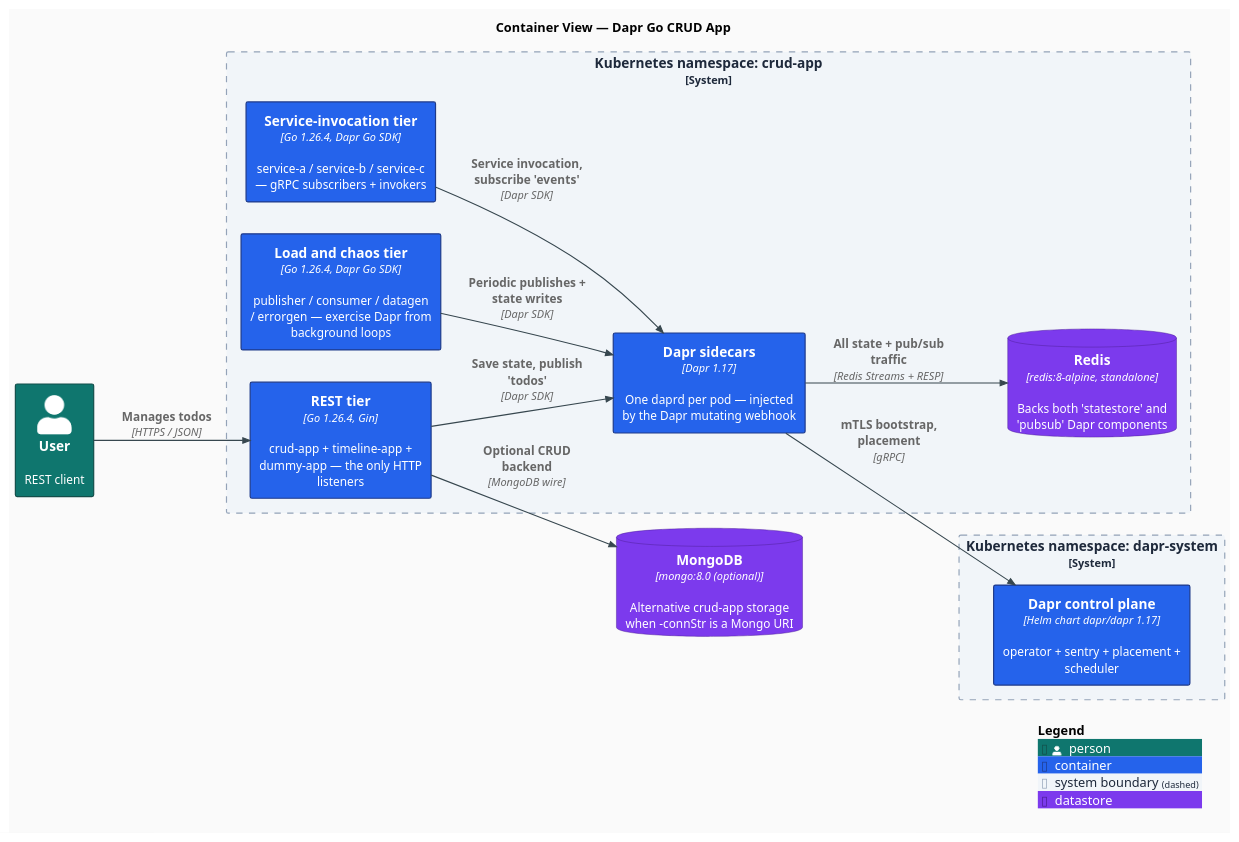
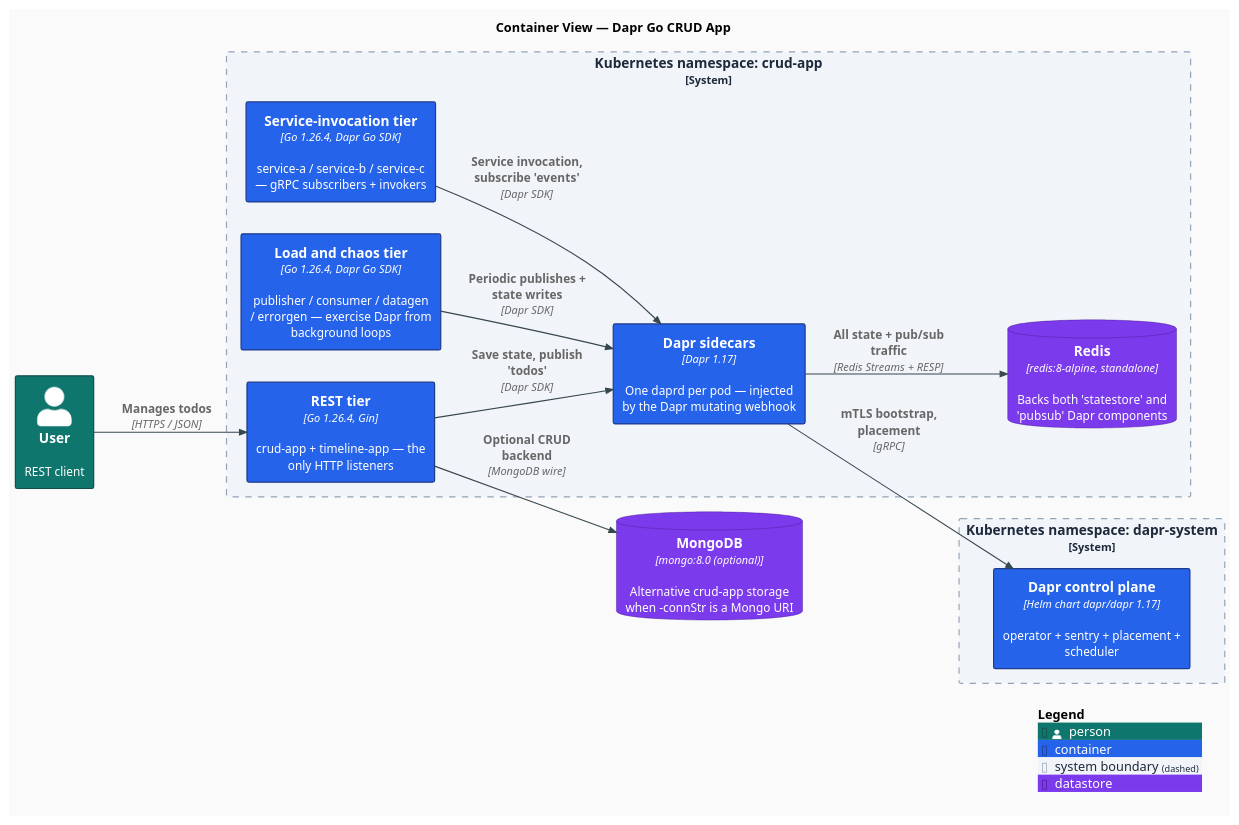
One commit to AndriyKalashnykov/dapr-go-crud-app changed the diagram in docs/diagrams/c4-container.puml. Above: the diagram before and after it, drawn with PlantUML. The commit also changed 8 other files, not shown here.

```diff
--- a/docs/diagrams/c4-container.puml
+++ b/docs/diagrams/c4-container.puml
@@ -1,52 +1,52 @@
 @startuml c4-container
 ' Vendored C4-PlantUML (see docs/diagrams/C4-PlantUML/); -DRELATIVE_INCLUDE=. makes
 ' the stdlib's internal includes resolve locally (no network fetch at render time).
 !include C4-PlantUML/C4_Container.puml
 
 LAYOUT_LEFT_RIGHT()
 
 ' Modern flat styling: no shadows, sharp corners, clean sans-serif, modern palette.
 skinparam backgroundColor #FAFAFA
 skinparam shadowing false
 skinparam roundCorner 4
 skinparam defaultFontName "Inter, Helvetica, Arial, sans-serif"
 skinparam defaultFontSize 13
 skinparam ArrowColor #37474F
 skinparam ArrowThickness 1.2
 skinparam rectangleBorderThickness 1.3
 
 UpdateElementStyle("person",    $fontColor="#FFFFFF", $bgColor="#0F766E", $borderColor="#134E4A")
 UpdateElementStyle("container", $fontColor="#FFFFFF", $bgColor="#2563EB", $borderColor="#1E3A8A")
 UpdateBoundaryStyle($bgColor="#F1F5F9", $borderColor="#94A3B8", $fontColor="#1E293B")
 ' ContainerDb() shares the plain `container` tag (no distinct DB tag in C4-PlantUML),
 ' so a custom tag is needed to colour datastores violet.
 AddElementTag("datastore", $fontColor="#FFFFFF", $bgColor="#7C3AED", $borderColor="#4C1D95")
 
 title Container View — Dapr Go CRUD App
 
 Person(user, "User", "REST client")
 
 System_Boundary(b1, "Kubernetes namespace: crud-app") {
-  Container(rest, "REST tier", "Go 1.26.4, Gin", "crud-app + timeline-app + dummy-app — the only HTTP listeners")
+  Container(rest, "REST tier", "Go 1.26.4, Gin", "crud-app + timeline-app — the only HTTP listeners")
   Container(svc, "Service-invocation tier", "Go 1.26.4, Dapr Go SDK", "service-a / service-b / service-c — gRPC subscribers + invokers")
   Container(gens, "Load and chaos tier", "Go 1.26.4, Dapr Go SDK", "publisher / consumer / datagen / errorgen — exercise Dapr from background loops")
   Container(daprd, "Dapr sidecars", "Dapr 1.17", "One daprd per pod — injected by the Dapr mutating webhook")
   ContainerDb(redis, "Redis", "redis:8-alpine, standalone", "Backs both 'statestore' and 'pubsub' Dapr components", $tags="datastore")
 }
 
 System_Boundary(b2, "Kubernetes namespace: dapr-system") {
   Container(daprctl, "Dapr control plane", "Helm chart dapr/dapr 1.17", "operator + sentry + placement + scheduler")
 }
 
 ContainerDb(mongo, "MongoDB", "mongo:8.0 (optional)", "Alternative crud-app storage when -connStr is a Mongo URI", $tags="datastore")
 
 Rel(user, rest, "Manages todos", "HTTPS / JSON")
 Rel(rest, daprd, "Save state, publish 'todos'", "Dapr SDK")
 Rel(svc, daprd, "Service invocation, subscribe 'events'", "Dapr SDK")
 Rel(gens, daprd, "Periodic publishes + state writes", "Dapr SDK")
 Rel(daprd, redis, "All state + pub/sub traffic", "Redis Streams + RESP")
 Rel(daprd, daprctl, "mTLS bootstrap, placement", "gRPC")
 Rel(rest, mongo, "Optional CRUD backend", "MongoDB wire")
 
 SHOW_LEGEND()
 @enduml
```
